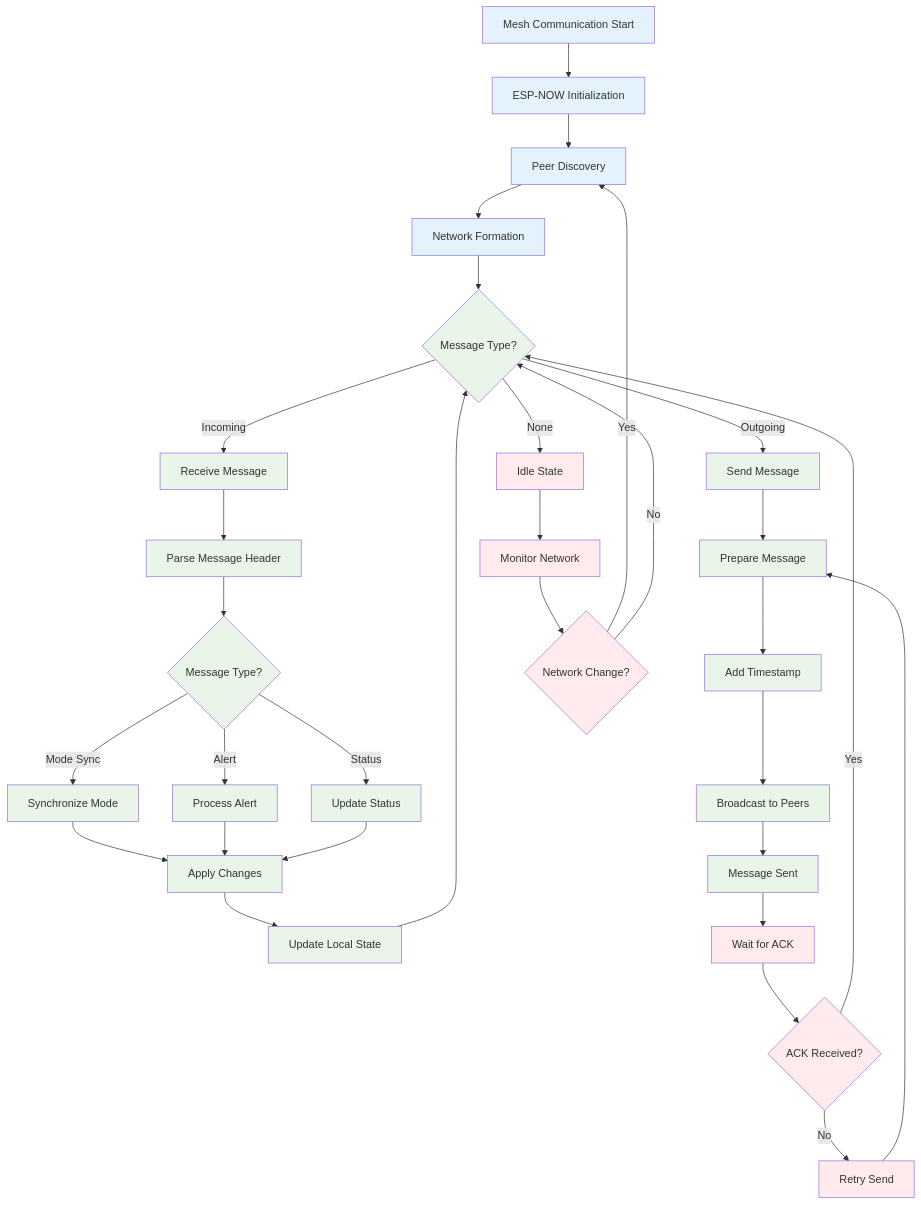
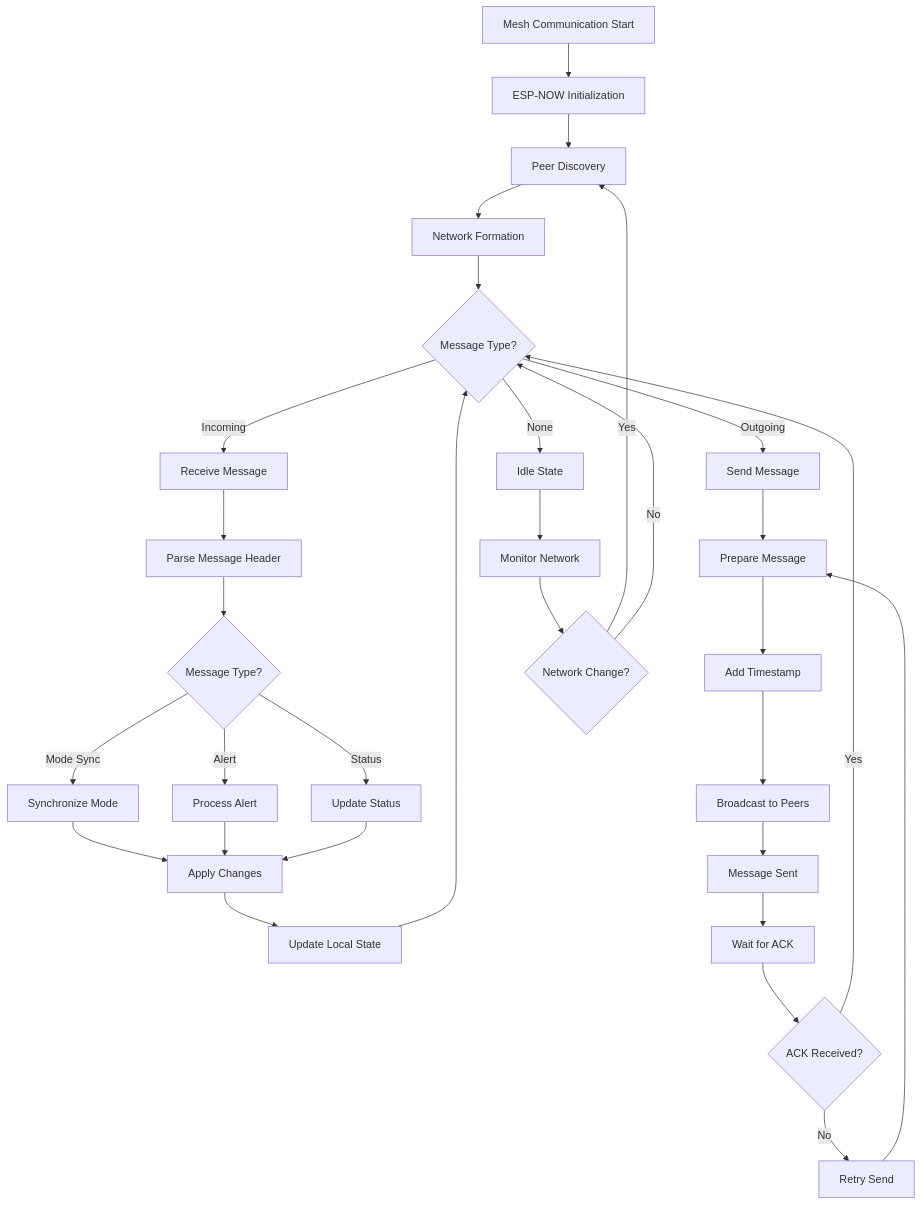
The sixth of 6 diagrams in docs/diagrams.md (Friedjof/GlowLight), drawn with Mermaid before and after one commit. The commit also changed other lines of this file, not shown here.

Commit message:
docs: Refine program flow diagrams for clarity and consistency in setup and execution details

````diff
--- a/docs/diagrams.md
+++ b/docs/diagrams.md
@@ -495,47 +396,33 @@
 ```mermaid
 flowchart TD
     A[Mesh Communication Start] --> B[ESP-NOW Initialization]
     B --> C[Peer Discovery]
     C --> D[Network Formation]
-    
     D --> E{Message Type?}
     E -->|Incoming| F[Receive Message]
     E -->|Outgoing| G[Send Message]
     E -->|None| H[Idle State]
-    
     F --> F1[Parse Message Header]
     F1 --> F2{Message Type?}
     F2 -->|Mode Sync| F3[Synchronize Mode]
     F2 -->|Alert| F4[Process Alert]
     F2 -->|Status| F5[Update Status]
     F3 --> I[Apply Changes]
     F4 --> I
     F5 --> I
-    
     G --> G1[Prepare Message]
     G1 --> G2[Add Timestamp]
     G2 --> G3[Broadcast to Peers]
     G3 --> J[Message Sent]
-    
     H --> K[Monitor Network]
     K --> L{Network Change?}
     L -->|Yes| C
     L -->|No| E
-    
     I --> M[Update Local State]
     J --> N[Wait for ACK]
     M --> E
     N --> O{ACK Received?}
     O -->|Yes| E
     O -->|No| P[Retry Send]
     P --> G1
-    
-    %% Styling
-    classDef meshInit fill:#e3f2fd
-    classDef messageFlow fill:#e8f5e8
-    classDef errorHandling fill:#ffebee
-    
-    class A,B,C,D meshInit
-    class E,F,F1,F2,F3,F4,F5,G,G1,G2,G3,I,J,M messageFlow
-    class H,K,L,N,O,P errorHandling
 ```
````
